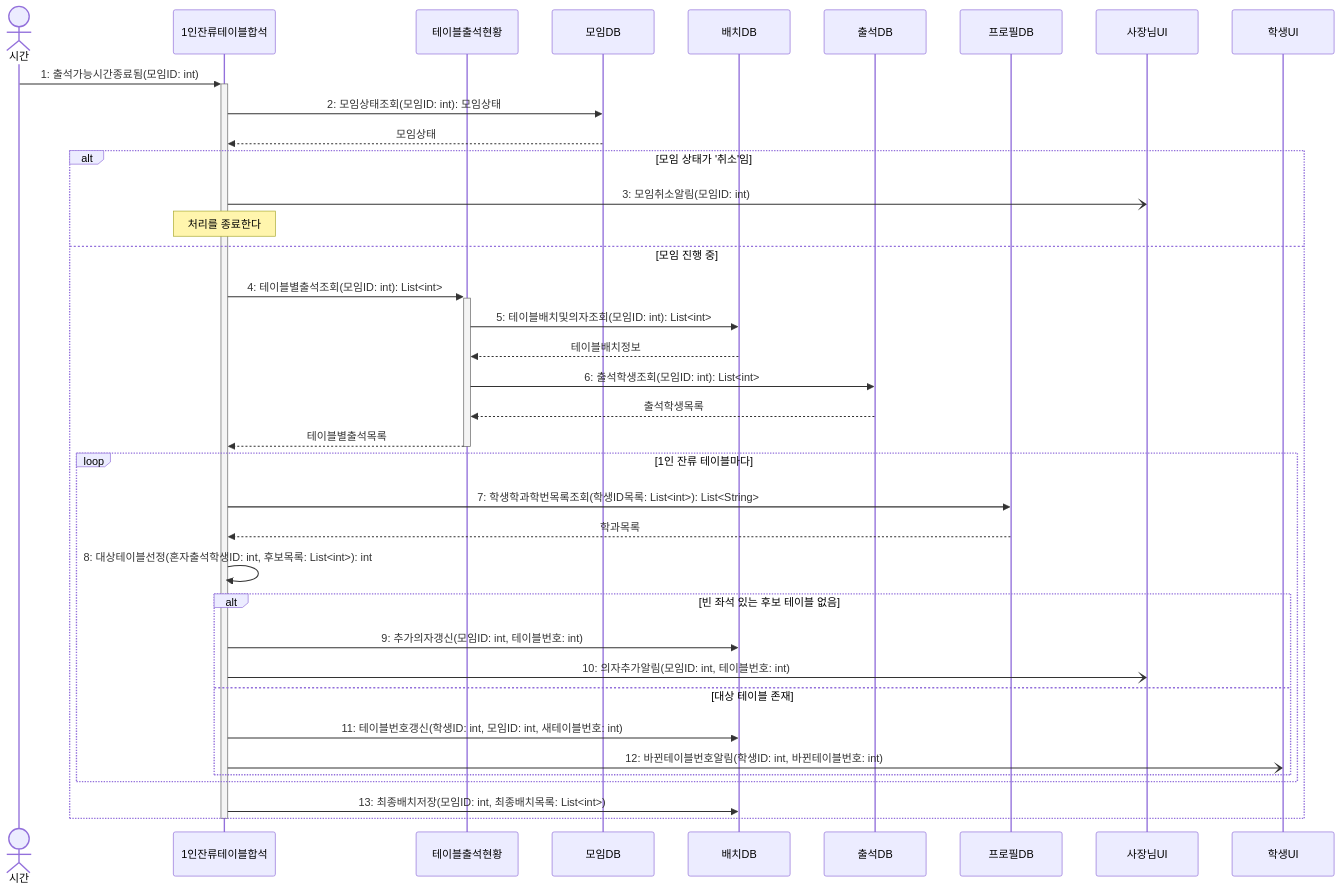
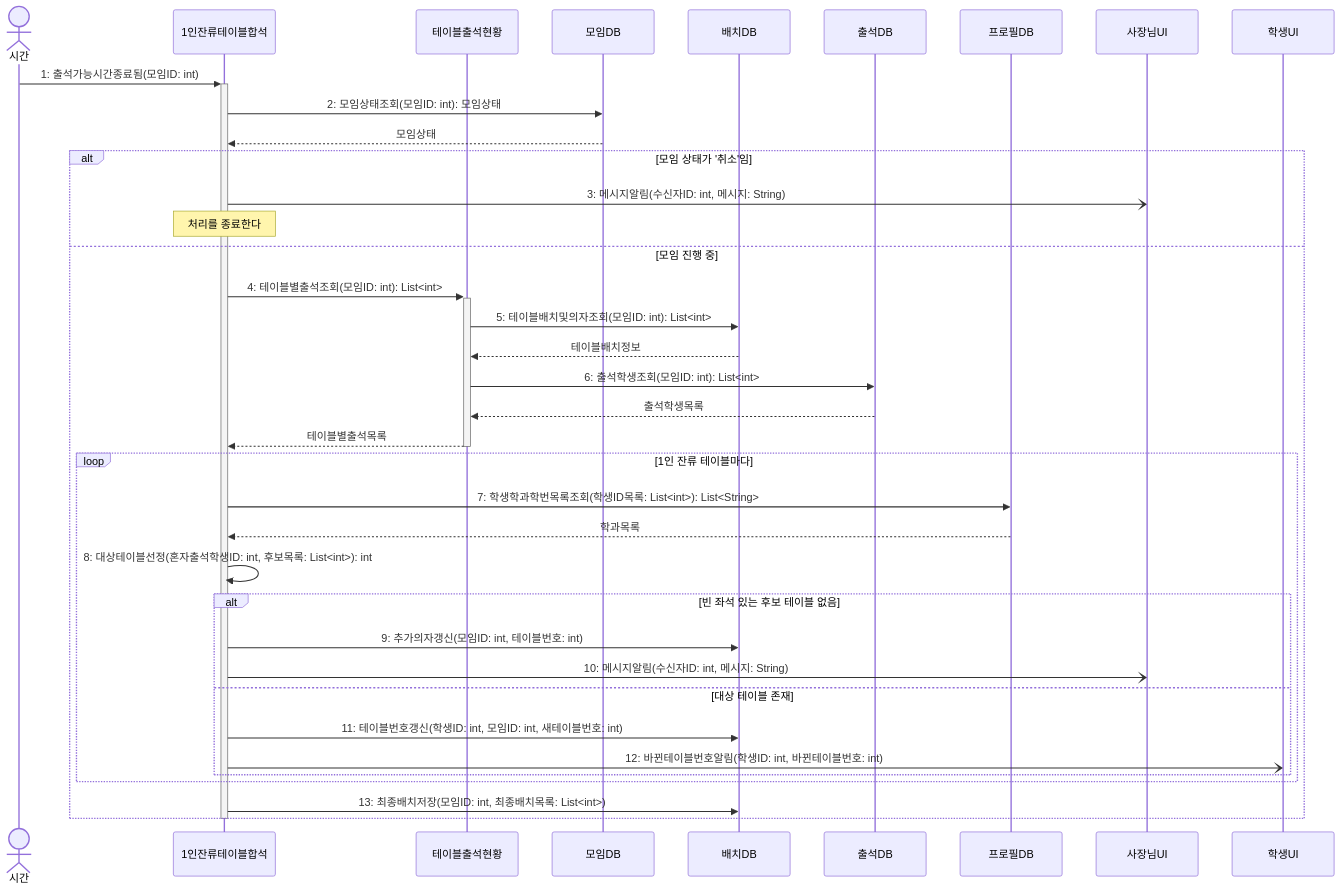
One commit to hojae3/sw-engineering-16 changed the diagram in sequence/seq-06.md. Above: the diagram before and after it, drawn with Mermaid. The commit also changed other lines of this file and 19 other files, not shown here.

````diff
--- a/sequence/seq-06.md
+++ b/sequence/seq-06.md
@@ -27,45 +27,45 @@
 ```mermaid
 sequenceDiagram
     actor 시간
     participant 합석 as 1인잔류테이블합석
     participant 현황 as 테이블출석현황
     participant 모임DB as 모임DB
     participant 배치DB as 배치DB
     participant 출석DB as 출석DB
     participant 프로필DB as 프로필DB
     participant 사장님UI as 사장님UI
     participant 학생UI as 학생UI
 
     시간->>+합석: 1: 출석가능시간종료됨(모임ID: int)
     합석->>모임DB: 2: 모임상태조회(모임ID: int): 모임상태
     모임DB-->>합석: 모임상태
 
     alt 모임 상태가 '취소'임
-        합석-)사장님UI: 3: 모임취소알림(모임ID: int)
+        합석-)사장님UI: 3: 메시지알림(수신자ID: int, 메시지: String)
         Note over 합석: 처리를 종료한다
     else 모임 진행 중
         합석->>+현황: 4: 테이블별출석조회(모임ID: int): List<int>
         현황->>배치DB: 5: 테이블배치및의자조회(모임ID: int): List<int>
         배치DB-->>현황: 테이블배치정보
         현황->>출석DB: 6: 출석학생조회(모임ID: int): List<int>
         출석DB-->>현황: 출석학생목록
         현황-->>-합석: 테이블별출석목록
 
         loop 1인 잔류 테이블마다
             합석->>프로필DB: 7: 학생학과학번목록조회(학생ID목록: List<int>): List<String>
             프로필DB-->>합석: 학과목록
             합석->>합석: 8: 대상테이블선정(혼자출석학생ID: int, 후보목록: List<int>): int
 
             alt 빈 좌석 있는 후보 테이블 없음
                 합석->>배치DB: 9: 추가의자갱신(모임ID: int, 테이블번호: int)
-                합석-)사장님UI: 10: 의자추가알림(모임ID: int, 테이블번호: int)
+                합석-)사장님UI: 10: 메시지알림(수신자ID: int, 메시지: String)
             else 대상 테이블 존재
                 합석->>배치DB: 11: 테이블번호갱신(학생ID: int, 모임ID: int, 새테이블번호: int)
                 합석-)학생UI: 12: 바뀐테이블번호알림(학생ID: int, 바뀐테이블번호: int)
             end
         end
 
         합석->>배치DB: 13: 최종배치저장(모임ID: int, 최종배치목록: List<int>)
     end
     deactivate 합석
 ```
````
